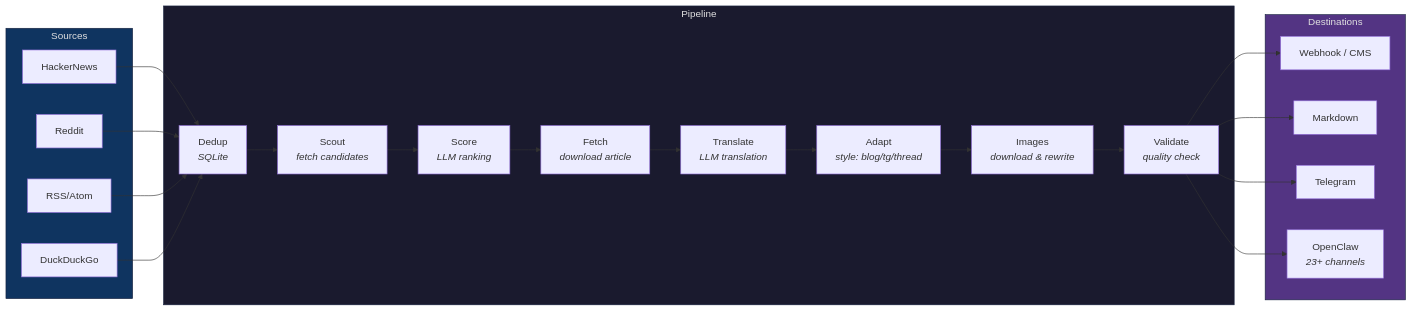
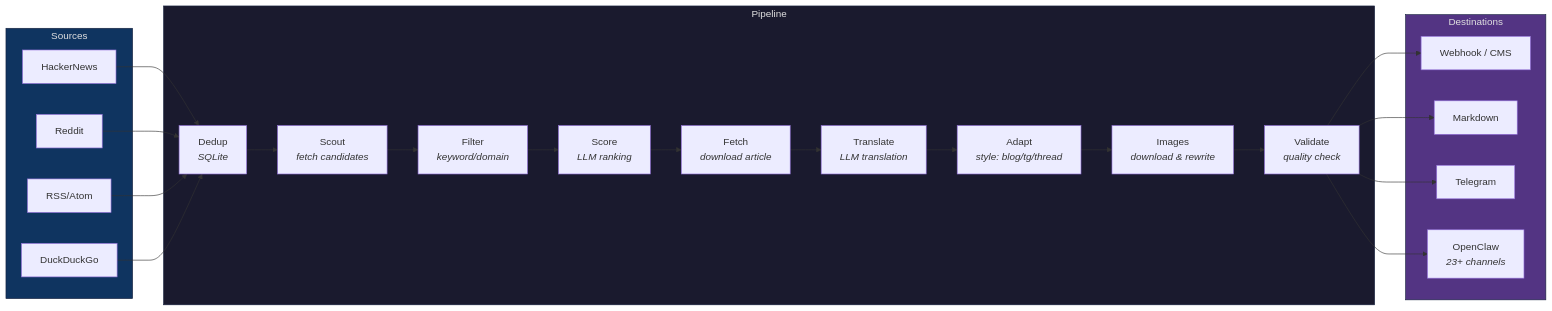
One commit to DenSul/pipepost changed the first of 3 diagrams in README.md. Above: the diagram before and after it, drawn with Mermaid. The commit also changed other lines of this file and 6 other files, not shown here.

First line of the commit message:
feat: add FilterStep for keyword/domain/length candidate filtering

````diff
--- a/README.md
+++ b/README.md
@@ -141,34 +142,35 @@
 ```mermaid
 graph LR
     subgraph Sources
         HN[HackerNews]
         RD[Reddit]
         RSS[RSS/Atom]
         DDG[DuckDuckGo]
     end
 
     subgraph Pipeline
         Dedup[Dedup<br><i>SQLite</i>]
         Scout[Scout<br><i>fetch candidates</i>]
+        Filter[Filter<br><i>keyword/domain</i>]
         Score[Score<br><i>LLM ranking</i>]
         Fetch[Fetch<br><i>download article</i>]
         Translate[Translate<br><i>LLM translation</i>]
         Adapt[Adapt<br><i>style: blog/tg/thread</i>]
         Images[Images<br><i>download & rewrite</i>]
         Validate[Validate<br><i>quality check</i>]
     end
 
     subgraph Destinations
         WH[Webhook / CMS]
         MD[Markdown]
         TG[Telegram]
         OC[OpenClaw<br><i>23+ channels</i>]
     end
 
-    HN & RD & RSS & DDG --> Dedup --> Scout --> Score --> Fetch --> Translate --> Adapt --> Images --> Validate
+    HN & RD & RSS & DDG --> Dedup --> Scout --> Filter --> Score --> Fetch --> Translate --> Adapt --> Images --> Validate
     Validate --> WH & MD & TG & OC
 
     style Pipeline fill:#1a1a2e,stroke:#16213e,color:#e0e0e0
     style Sources fill:#0f3460,stroke:#16213e,color:#e0e0e0
     style Destinations fill:#533483,stroke:#16213e,color:#e0e0e0
 ```
````
